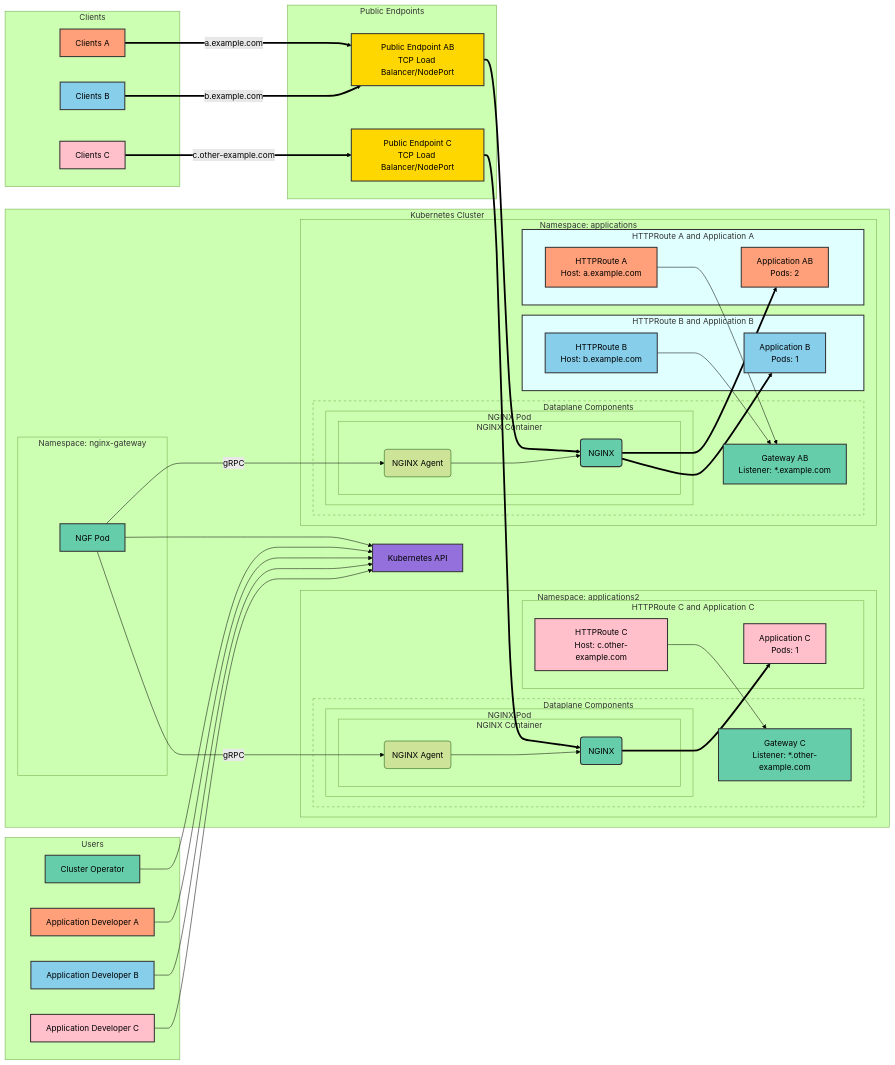
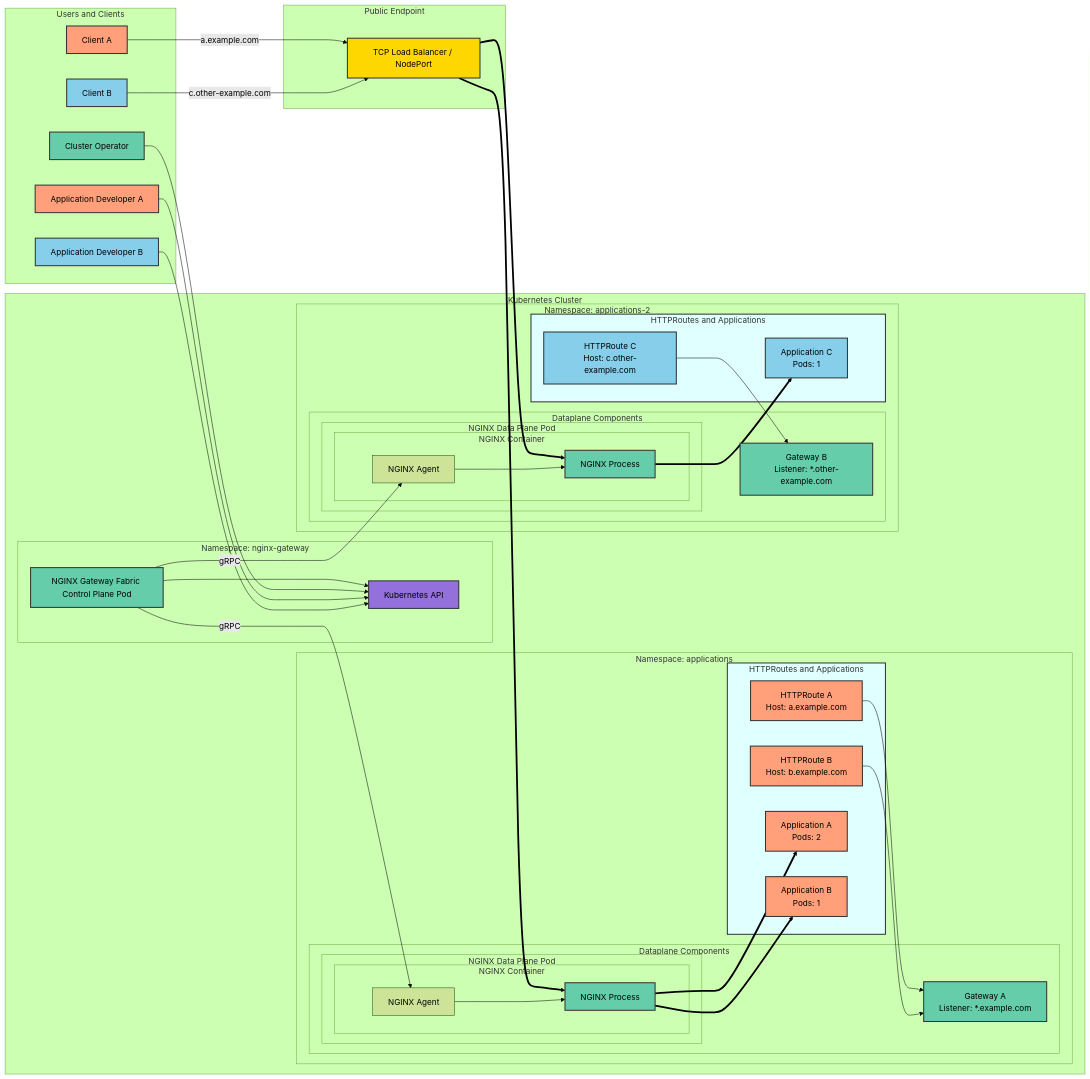
One commit to zahava-brown/documentation changed the first of 2 diagrams in content/ngf/overview/gateway-architecture.md. Above: the diagram before and after it, drawn with Mermaid (forest theme). The commit also changed other lines of this file, not shown here.

First line of the commit message:
NGF: Update user architecture guide (#953)

````diff
--- a/content/ngf/overview/gateway-architecture.md
+++ b/content/ngf/overview/gateway-architecture.md
@@ -95,140 +58,92 @@
 ```mermaid
 graph LR
     %% Nodes and Relationships
-    subgraph KubernetesCluster[Kubernetes Cluster]
-
-        subgraph applications2[Namespace: applications2]
-
-                subgraph DataplaneComponentsC[Dataplane Components]
-                    GatewayC[Gateway C<br>Listener: *.other-example.com]
-
-                    subgraph NGINXPodC[NGINX Pod]
-                        subgraph NGINXContainerC[NGINX Container]
-                            NGINXProcessC(NGINX)
-                            NGINXAgentC(NGINX Agent)
-                        end
-                    end
-                end
-
-                subgraph HTTPRouteCAndApplicationC[HTTPRoute C and Application C]
-                    HTTPRouteC[HTTPRoute C<br>Host: c.other-example.com]
-                    ApplicationC[Application C<br>Pods: 1]
-                end
-
+    subgraph KubernetesCluster["Kubernetes Cluster"]
+        subgraph NamespaceNGF["Namespace: nginx-gateway"]
+            NGFControlPlanePod["NGINX Gateway Fabric Control Plane Pod"]
+            NGFControlPlanePod --> KubernetesAPI["Kubernetes API"]
         end
-
-        subgraph nginx-gateway[Namespace: nginx-gateway]
-            NGFPod[NGF Pod]
-        end
-
-        subgraph applications1[Namespace: applications]
-
-            subgraph DataplaneComponentsAB[Dataplane Components]
-                GatewayAB[Gateway AB<br>Listener: *.example.com]
-
-                subgraph NGINXPodAB[NGINX Pod]
-                    subgraph NGINXContainerAB[NGINX Container]
-                        NGINXProcessAB(NGINX)
-                        NGINXAgentAB(NGINX Agent)
+        subgraph ApplicationsNamespaceA["Namespace: applications"]
+            subgraph DataplaneComponentsA["Dataplane Components"]
+                GatewayA["Gateway A<br>Listener: *.example.com"]
+                subgraph NGINXDataPlanePodA["NGINX Data Plane Pod"]
+                    subgraph NGINXContainerA["NGINX Container"]
+                        NGINXProcessA["NGINX Process"]
+                        NGINXAgentA["NGINX Agent"]
                     end
                 end
             end
-
-            subgraph HTTPRouteBAndApplicationB[HTTPRoute B and Application B]
-                HTTPRouteB[HTTPRoute B<br>Host: b.example.com]
-                ApplicationB[Application B<br>Pods: 1]
-            end
-
-            subgraph HTTPRouteAAndApplicationA[HTTPRoute A and Application A]
-                HTTPRouteA[HTTPRoute A<br>Host: a.example.com]
-                ApplicationA[Application AB<br>Pods: 2]
+            subgraph HTTPRouteAAndApplications["HTTPRoutes and Applications"]
+                HTTPRouteA["HTTPRoute A<br>Host: a.example.com"]
+                HTTPRouteB["HTTPRoute B<br>Host: b.example.com"]
+                ApplicationA["Application A<br>Pods: 2"]
+                ApplicationB["Application B<br>Pods: 1"]
             end
         end
-
-        KubernetesAPI[Kubernetes API]
+        subgraph ApplicationsNamespaceB["Namespace: applications-2"]
+            subgraph DataplaneComponentsB["Dataplane Components"]
+                GatewayB["Gateway B<br>Listener: *.other-example.com"]
+                subgraph NGINXDataPlanePodB["NGINX Data Plane Pod"]
+                    subgraph NGINXContainerB["NGINX Container"]
+                        NGINXProcessB["NGINX Process"]
+                        NGINXAgentB["NGINX Agent"]
+                    end
+                end
+            end
+            subgraph HTTPRouteBandApplications["HTTPRoutes and Applications"]
+                HTTPRouteC["HTTPRoute C<br>Host: c.other-example.com"]
+                ApplicationC["Application C<br>Pods: 1"]
+            end
+        end
     end
-
-    subgraph Users[Users]
-        ClusterOperator[Cluster Operator]
-        AppDevA[Application Developer A]
-        AppDevB[Application Developer B]
-        AppDevC[Application Developer C]
+    subgraph UsersAndClients["Users and Clients"]
+        UserOperator["Cluster Operator"]
+        UserDevA["Application Developer A"]
+        UserDevB["Application Developer B"]
+        ClientA["Client A"]
+        ClientB["Client B"]
     end
-
-    subgraph Clients[Clients]
-        ClientsA[Clients A]
-        ClientsB[Clients B]
-        ClientsC[Clients C]
+    subgraph SharedInfrastructure["Public Endpoint"]
+        PublicEndpoint["TCP Load Balancer / NodePort"]
     end
-
-    subgraph "Public Endpoints"
-        PublicEndpointAB[Public Endpoint AB<br>TCP Load Balancer/NodePort]
-        PublicEndpointC[Public Endpoint C<br>TCP Load Balancer/NodePort]
-    end
-
     %% Updated Traffic Flow
-    ClientsA == a.example.com ==> PublicEndpointAB
-    ClientsB == b.example.com ==> PublicEndpointAB
-    ClientsC == c.other-example.com ==> PublicEndpointC
-
-    PublicEndpointAB ==> NGINXProcessAB
-    PublicEndpointC ==> NGINXProcessC
-    NGINXProcessAB ==> ApplicationA
-    NGINXProcessAB ==> ApplicationB
-    NGINXProcessC ==> ApplicationC
-
+    ClientA-->|a.example.com|PublicEndpoint
+    ClientB-->|c.other-example.com|PublicEndpoint
+    PublicEndpoint==>NGINXProcessA
+    PublicEndpoint==>NGINXProcessB
+    NGINXProcessA==>ApplicationA
+    NGINXProcessA==>ApplicationB
+    NGINXProcessB==>ApplicationC
     %% Kubernetes Configuration Flow
-    HTTPRouteA --> GatewayAB
-    HTTPRouteB --> GatewayAB
-    HTTPRouteC --> GatewayC
-
-    NGFPod --> KubernetesAPI
-    NGFPod --gRPC--> NGINXAgentAB
-    NGINXAgentAB --> NGINXProcessAB
-    NGFPod --gRPC--> NGINXAgentC
-    NGINXAgentC --> NGINXProcessC
-
-    ClusterOperator --> KubernetesAPI
-    AppDevA --> KubernetesAPI
-    AppDevB --> KubernetesAPI
-    AppDevC --> KubernetesAPI
-
+    HTTPRouteA-->GatewayA
+    HTTPRouteB-->GatewayA
+    HTTPRouteC-->GatewayB
+    UserOperator-->KubernetesAPI
+    NGFControlPlanePod--gRPC-->NGINXAgentA
+    NGFControlPlanePod--gRPC-->NGINXAgentB
+    NGINXAgentA-->NGINXProcessA
+    NGINXAgentB-->NGINXProcessB
+    UserDevA-->KubernetesAPI
+    UserDevB-->KubernetesAPI
     %% Styling
-    style ClusterOperator fill:#66CDAA,stroke:#333,stroke-width:2px
-    style GatewayAB fill:#66CDAA,stroke:#333,stroke-width:2px
-    style GatewayC fill:#66CDAA,stroke:#333,stroke-width:2px
-    style NGFPod fill:#66CDAA,stroke:#333,stroke-width:2px
-
-    style NGINXProcessAB fill:#66CDAA,stroke:#333,stroke-width:2px
-    style NGINXProcessC fill:#66CDAA,stroke:#333,stroke-width:2px
-
+    style UserOperator fill:#66CDAA,stroke:#333,stroke-width:2px
+    style GatewayA fill:#66CDAA,stroke:#333,stroke-width:2px
+    style GatewayB fill:#66CDAA,stroke:#333,stroke-width:2px
+    style NGFControlPlanePod fill:#66CDAA,stroke:#333,stroke-width:2px
+    style NGINXProcessA fill:#66CDAA,stroke:#333,stroke-width:2px
+    style NGINXProcessB fill:#66CDAA,stroke:#333,stroke-width:2px
     style KubernetesAPI fill:#9370DB,stroke:#333,stroke-width:2px
-
-    style HTTPRouteAAndApplicationA fill:#E0FFFF,stroke:#333,stroke-width:2px
-    style HTTPRouteBAndApplicationB fill:#E0FFFF,stroke:#333,stroke-width:2px
-
-    style AppDevA fill:#FFA07A,stroke:#333,stroke-width:2px
+    style HTTPRouteAAndApplications fill:#E0FFFF,stroke:#333,stroke-width:2px
+    style HTTPRouteBandApplications fill:#E0FFFF,stroke:#333,stroke-width:2px
+    style UserDevA fill:#FFA07A,stroke:#333,stroke-width:2px
     style HTTPRouteA fill:#FFA07A,stroke:#333,stroke-width:2px
+    style HTTPRouteB fill:#FFA07A,stroke:#333,stroke-width:2px
     style ApplicationA fill:#FFA07A,stroke:#333,stroke-width:2px
-    style ClientsA fill:#FFA07A,stroke:#333,stroke-width:2px
-
-    style AppDevB fill:#87CEEB,stroke:#333,stroke-width:2px
-    style HTTPRouteB fill:#87CEEB,stroke:#333,stroke-width:2px
-    style ApplicationB fill:#87CEEB,stroke:#333,stroke-width:2px
-    style ClientsB fill:#87CEEB,stroke:#333,stroke-width:2px
-
-    style AppDevC fill:#FFC0CB,stroke:#333,stroke-width:2px
-    style HTTPRouteC fill:#FFC0CB,stroke:#333,stroke-width:2px
-    style ApplicationC fill:#FFC0CB,stroke:#333,stroke-width:2px
-    style ClientsC fill:#FFC0CB,stroke:#333,stroke-width:2px
-
-    style PublicEndpointAB fill:#FFD700,stroke:#333,stroke-width:2px
-    style PublicEndpointC fill:#FFD700,stroke:#333,stroke-width:2px
-
-    %% Styling
-    classDef dashedSubgraph stroke-dasharray: 5, 5;
-
-    %% Assign Custom Style Classes
-    class DataplaneComponentsAB dashedSubgraph;
-    class DataplaneComponentsC dashedSubgraph;
+    style ApplicationB fill:#FFA07A,stroke:#333,stroke-width:2px
+    style ClientA fill:#FFA07A,stroke:#333,stroke-width:2px
+    style UserDevB fill:#87CEEB,stroke:#333,stroke-width:2px
+    style HTTPRouteC fill:#87CEEB,stroke:#333,stroke-width:2px
+    style ApplicationC fill:#87CEEB,stroke:#333,stroke-width:2px
+    style ClientB fill:#87CEEB,stroke:#333,stroke-width:2px
+    style PublicEndpoint fill:#FFD700,stroke:#333,stroke-width:2px
 ```
````
